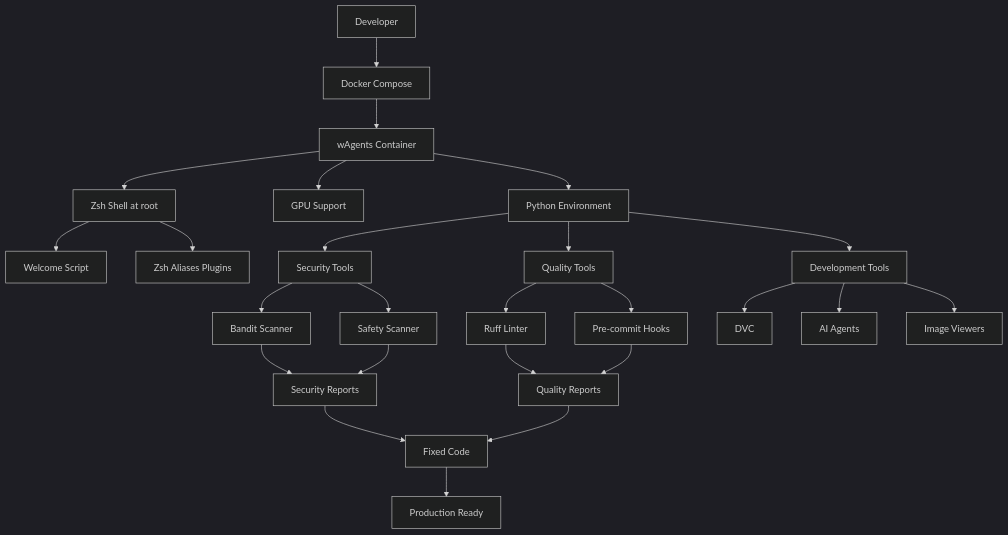
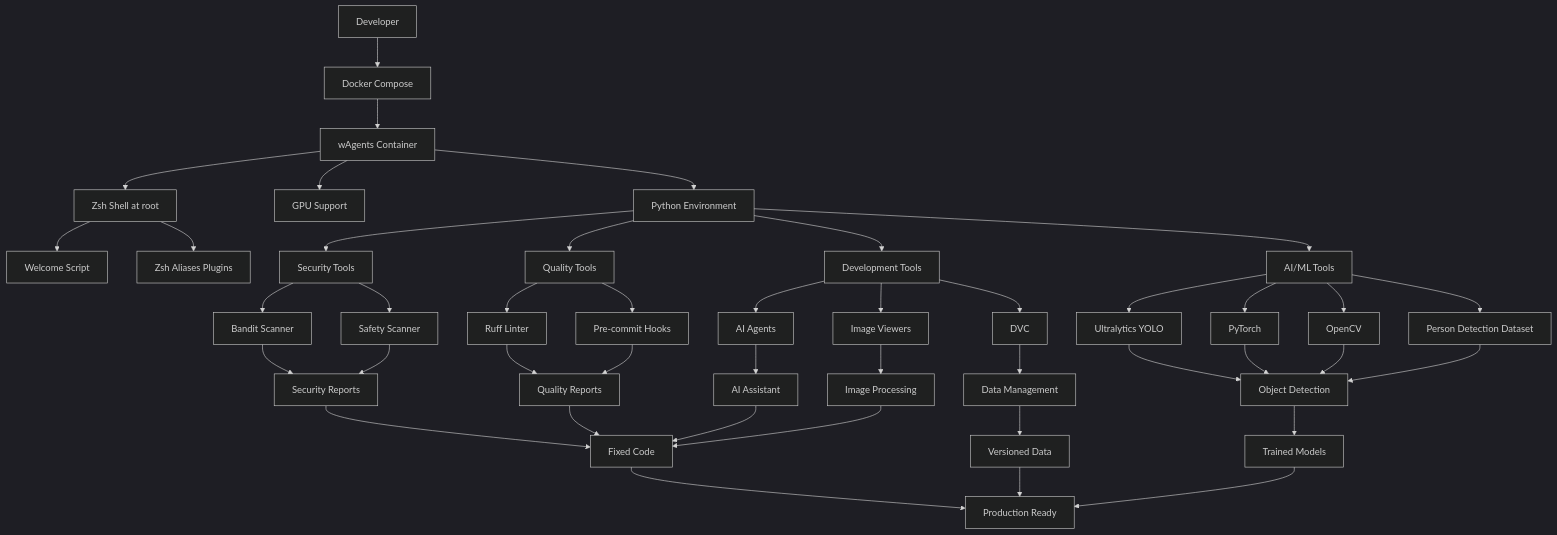
Before and after one commit to wisrovi/wAgents: the first of 5 diagrams in docker_readme.md, drawn with Mermaid (dark theme). The commit also changed other lines of this file and 114 other files, not shown here.

````diff
--- a/docker_readme.md
+++ b/docker_readme.md
@@ -69,34 +80,54 @@
 ```mermaid
 graph TB
     A[Developer] --> B[Docker Compose]
     B --> C[wAgents Container]
     C --> D[Zsh Shell at root]
     C --> E[GPU Support]
     C --> F[Python Environment]
     
     D --> G[Welcome Script]
     D --> H[Zsh Aliases Plugins]
     
     F --> I[Security Tools]
     F --> J[Quality Tools]
     F --> K[Development Tools]
+    F --> L[AI/ML Tools]
     
-    I --> L[Bandit Scanner]
-    I --> M[Safety Scanner]
+    I --> M[Bandit Scanner]
+    I --> N[Safety Scanner]
     
-    J --> N[Ruff Linter]
-    J --> O[Pre-commit Hooks]
+    J --> O[Ruff Linter]
+    J --> P[Pre-commit Hooks]
     
-    K --> P[DVC]
-    K --> Q[AI Agents]
-    K --> R[Image Viewers]
+    K --> Q[DVC]
+    K --> R[AI Agents]
+    K --> S[Image Viewers]
     
-    L --> S[Security Reports]
-    M --> S
-    N --> T[Quality Reports]
-    O --> T
+    L --> T[Ultralytics YOLO]
+    L --> U[PyTorch]
+    L --> V[OpenCV]
+    L --> W[Person Detection Dataset]
     
-    S --> U[Fixed Code]
-    T --> U
-    U --> V[Production Ready]
+    M --> X[Security Reports]
+    N --> X
+    O --> Y[Quality Reports]
+    P --> Y
+    Q --> Z[Data Management]
+    R --> AA[AI Assistant]
+    S --> BB[Image Processing]
+    T --> CC[Object Detection]
+    U --> CC
+    V --> CC
+    W --> CC
+    
+    X --> DD[Fixed Code]
+    Y --> DD
+    Z --> EE[Versioned Data]
+    AA --> DD
+    BB --> DD
+    CC --> FF[Trained Models]
+    
+    DD --> GG[Production Ready]
+    EE --> GG
+    FF --> GG
 ```
````
